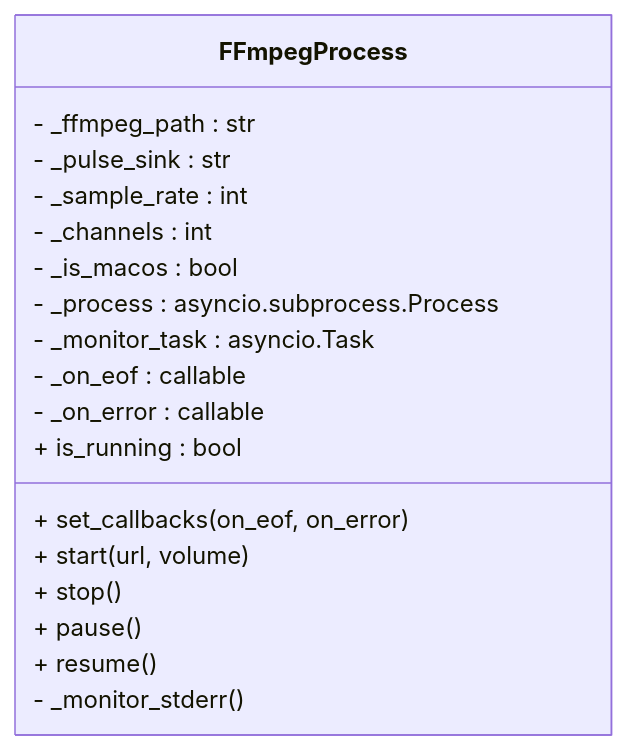
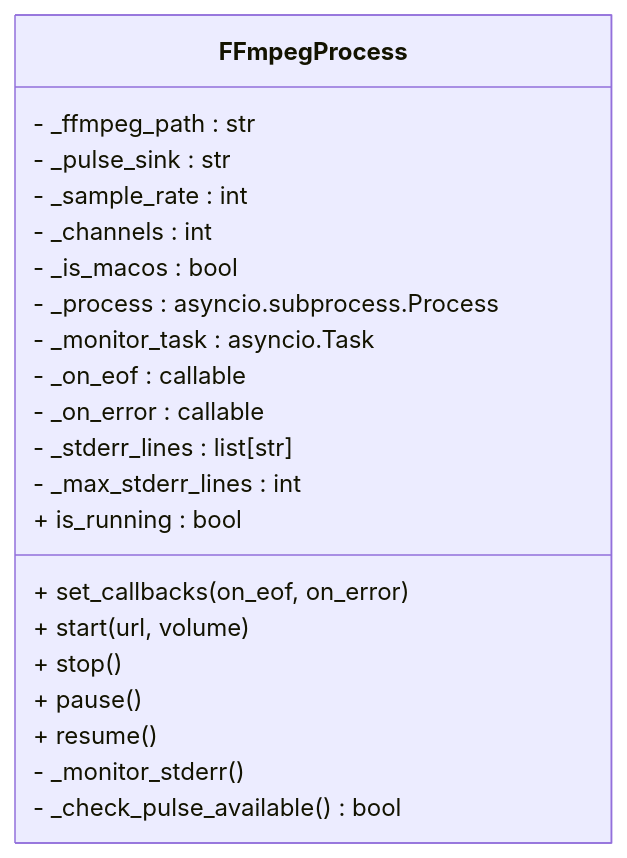
Before and after one commit to GhoulOwl/Teamspeak3_Bot: the third of 7 diagrams in .qoder/repowiki/zh/content/音乐播放系统/FFmpeg集成.md, drawn with Mermaid. The commit also changed other lines of this file and 5 other files, not shown here.

````diff
--- a/.qoder/repowiki/zh/content/音乐播放系统/FFmpeg集成.md
+++ b/.qoder/repowiki/zh/content/音乐播放系统/FFmpeg集成.md
@@ -171,21 +179,24 @@
 ```mermaid
 classDiagram
 class FFmpegProcess {
 - _ffmpeg_path : str
 - _pulse_sink : str
 - _sample_rate : int
 - _channels : int
 - _is_macos : bool
 - _process : asyncio.subprocess.Process
 - _monitor_task : asyncio.Task
 - _on_eof : callable
 - _on_error : callable
+- _stderr_lines : list[str]
+- _max_stderr_lines : int
 + is_running : bool
 + set_callbacks(on_eof, on_error)
 + start(url, volume)
 + stop()
 + pause()
 + resume()
 - _monitor_stderr()
+- _check_pulse_available() bool
 }
 ```
````
